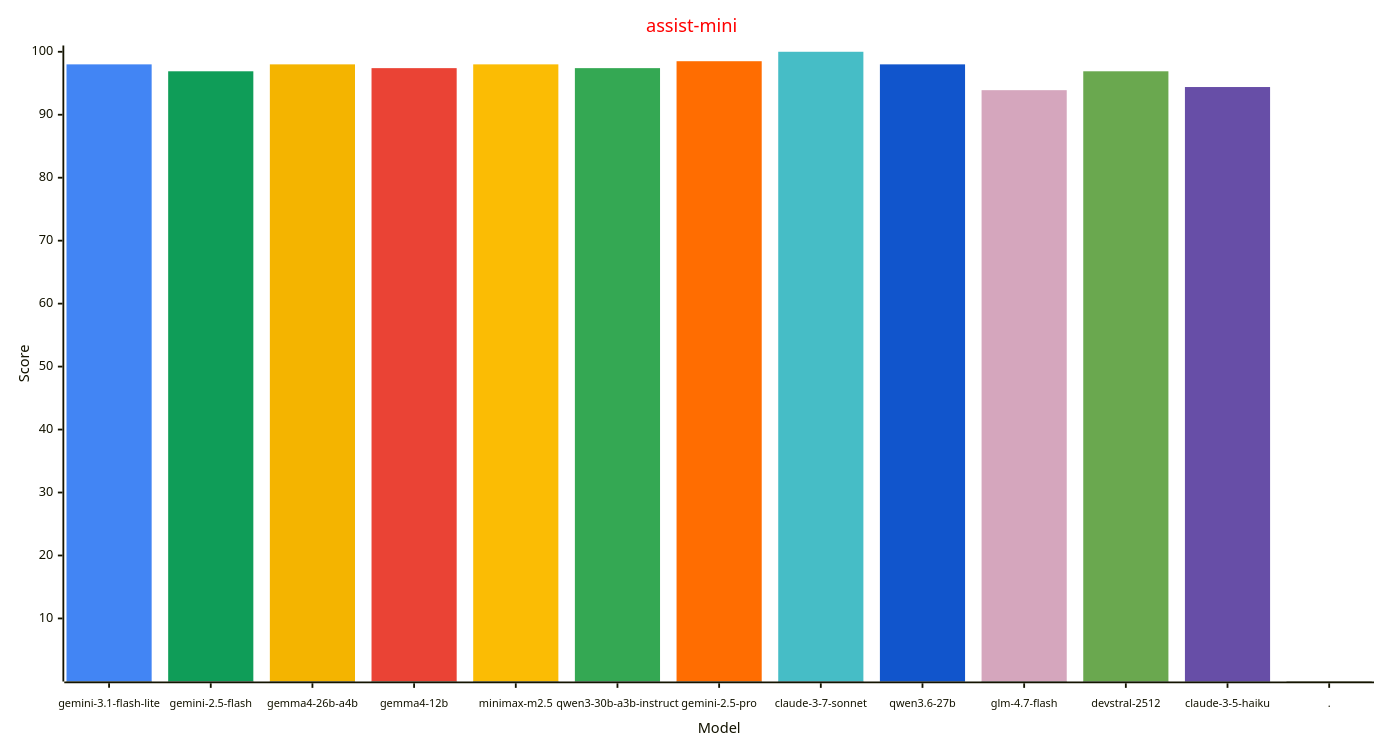
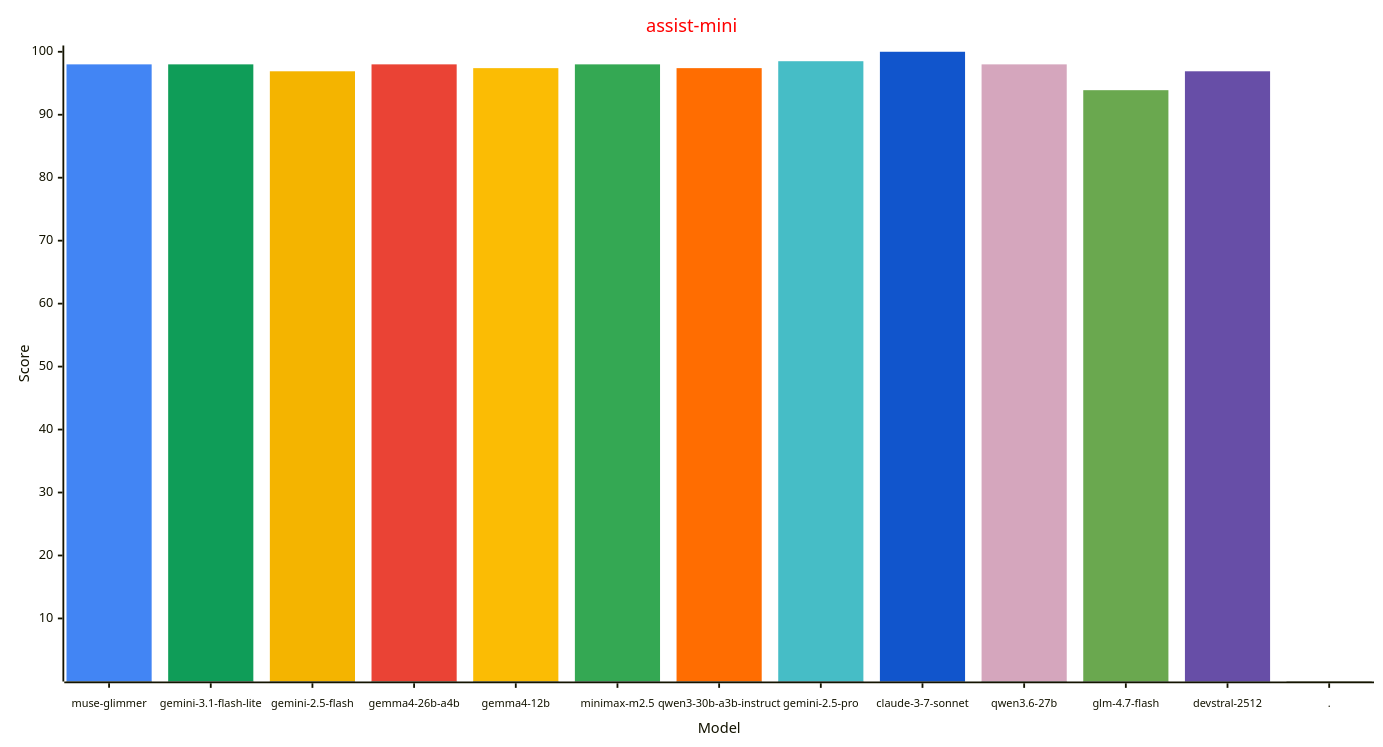
The second of 4 diagrams in reports/README.md (allenporter/home-assistant-datasets), drawn with Mermaid before and after one commit. The commit also changed other lines of this file, not shown here.

````diff
--- a/reports/README.md
+++ b/reports/README.md
@@ -125,33 +126,33 @@
 ```mermaid
 ---
 config:
     xyChart:
         width: 1500
         height: 800
         xAxis:
           labelFontSize: 12
           labelPadding: 8
     themeVariables:
         xyChart:
             titleColor: "#ff0000"
             plotColorPalette: "#4285f4, #0f9d58, #f4b400, #ea4335, #fbbc04, #34a853, #ff6d01, #46bdc6, #1155cc, #d5a6bd, #6aa84f, #674ea7, #4285f4"
 
 ---
 xychart-beta
   title "assist-mini"
-  x-axis "Model" [gemini-3.1-flash-lite, gemini-2.5-flash, gemma4-26b-a4b, gemma4-12b, minimax-m2.5, qwen3-30b-a3b-instruct, gemini-2.5-pro, claude-3-7-sonnet, qwen3.6-27b, glm-4.7-flash, devstral-2512, claude-3-5-haiku, .]
+  x-axis "Model" [muse-glimmer, gemini-3.1-flash-lite, gemini-2.5-flash, gemma4-26b-a4b, gemma4-12b, minimax-m2.5, qwen3-30b-a3b-instruct, gemini-2.5-pro, claude-3-7-sonnet, qwen3.6-27b, glm-4.7-flash, devstral-2512, .]
   y-axis "Score" 1 --> 100
   bar [98.0, 0.0, 0.0, 0.0, 0.0, 0.0, 0.0, 0.0, 0.0, 0.0, 0.0, 0.0, 0.0]
-  bar [0.0, 96.9, 0.0, 0.0, 0.0, 0.0, 0.0, 0.0, 0.0, 0.0, 0.0, 0.0, 0.0]
-  bar [0.0, 0.0, 98.0, 0.0, 0.0, 0.0, 0.0, 0.0, 0.0, 0.0, 0.0, 0.0, 0.0]
-  bar [0.0, 0.0, 0.0, 97.4, 0.0, 0.0, 0.0, 0.0, 0.0, 0.0, 0.0, 0.0, 0.0]
-  bar [0.0, 0.0, 0.0, 0.0, 98.0, 0.0, 0.0, 0.0, 0.0, 0.0, 0.0, 0.0, 0.0]
-  bar [0.0, 0.0, 0.0, 0.0, 0.0, 97.4, 0.0, 0.0, 0.0, 0.0, 0.0, 0.0, 0.0]
-  bar [0.0, 0.0, 0.0, 0.0, 0.0, 0.0, 98.5, 0.0, 0.0, 0.0, 0.0, 0.0, 0.0]
-  bar [0.0, 0.0, 0.0, 0.0, 0.0, 0.0, 0.0, 100.0, 0.0, 0.0, 0.0, 0.0, 0.0]
-  bar [0.0, 0.0, 0.0, 0.0, 0.0, 0.0, 0.0, 0.0, 98.0, 0.0, 0.0, 0.0, 0.0]
-  bar [0.0, 0.0, 0.0, 0.0, 0.0, 0.0, 0.0, 0.0, 0.0, 93.9, 0.0, 0.0, 0.0]
-  bar [0.0, 0.0, 0.0, 0.0, 0.0, 0.0, 0.0, 0.0, 0.0, 0.0, 96.9, 0.0, 0.0]
-  bar [0.0, 0.0, 0.0, 0.0, 0.0, 0.0, 0.0, 0.0, 0.0, 0.0, 0.0, 94.4, 0.0]
+  bar [0.0, 98.0, 0.0, 0.0, 0.0, 0.0, 0.0, 0.0, 0.0, 0.0, 0.0, 0.0, 0.0]
+  bar [0.0, 0.0, 96.9, 0.0, 0.0, 0.0, 0.0, 0.0, 0.0, 0.0, 0.0, 0.0, 0.0]
+  bar [0.0, 0.0, 0.0, 98.0, 0.0, 0.0, 0.0, 0.0, 0.0, 0.0, 0.0, 0.0, 0.0]
+  bar [0.0, 0.0, 0.0, 0.0, 97.4, 0.0, 0.0, 0.0, 0.0, 0.0, 0.0, 0.0, 0.0]
+  bar [0.0, 0.0, 0.0, 0.0, 0.0, 98.0, 0.0, 0.0, 0.0, 0.0, 0.0, 0.0, 0.0]
+  bar [0.0, 0.0, 0.0, 0.0, 0.0, 0.0, 97.4, 0.0, 0.0, 0.0, 0.0, 0.0, 0.0]
+  bar [0.0, 0.0, 0.0, 0.0, 0.0, 0.0, 0.0, 98.5, 0.0, 0.0, 0.0, 0.0, 0.0]
+  bar [0.0, 0.0, 0.0, 0.0, 0.0, 0.0, 0.0, 0.0, 100.0, 0.0, 0.0, 0.0, 0.0]
+  bar [0.0, 0.0, 0.0, 0.0, 0.0, 0.0, 0.0, 0.0, 0.0, 98.0, 0.0, 0.0, 0.0]
+  bar [0.0, 0.0, 0.0, 0.0, 0.0, 0.0, 0.0, 0.0, 0.0, 0.0, 93.9, 0.0, 0.0]
+  bar [0.0, 0.0, 0.0, 0.0, 0.0, 0.0, 0.0, 0.0, 0.0, 0.0, 0.0, 96.9, 0.0]
   bar [0.0, 0.0, 0.0, 0.0, 0.0, 0.0, 0.0, 0.0, 0.0, 0.0, 0.0, 0.0, -1.0]
 ```
````
